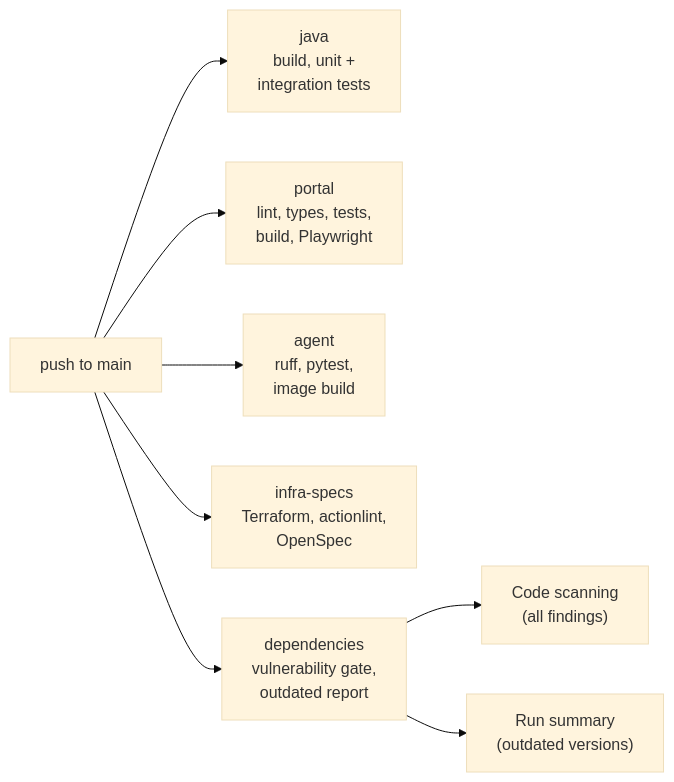
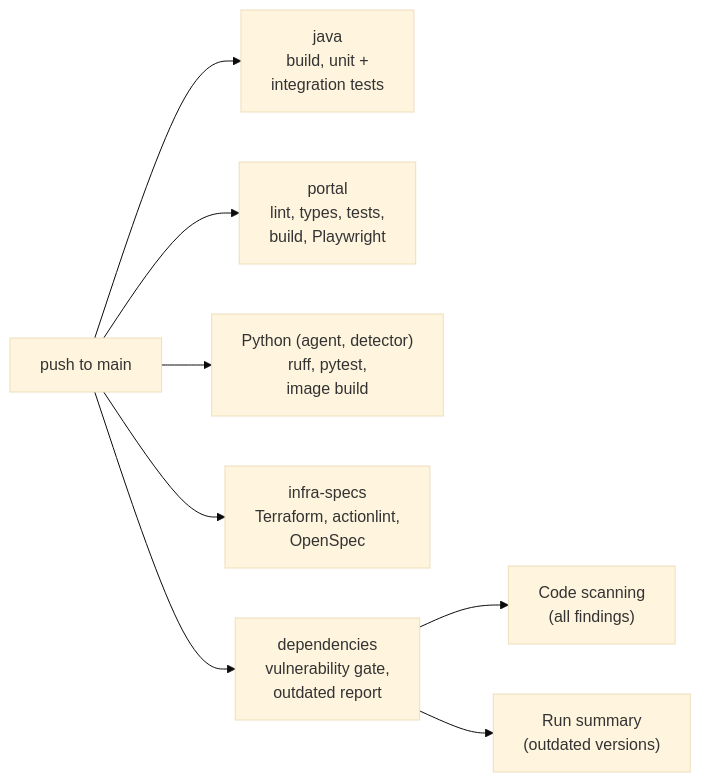
One commit to ikhemissi/smart-device-platform-sample changed the ninth of 10 diagrams in README.md. Above: the diagram before and after it, drawn with Mermaid (base theme). The commit also changed other lines of this file and 4 other files, not shown here.

````diff
--- a/README.md
+++ b/README.md
@@ -250,10 +273,10 @@
 ```mermaid
 flowchart LR
   P["push to main"] --> J["java<br/>build, unit +<br/>integration tests"]
   P --> W["portal<br/>lint, types, tests,<br/>build, Playwright"]
-  P --> A["agent<br/>ruff, pytest,<br/>image build"]
+  P --> A["Python (agent, detector)<br/>ruff, pytest,<br/>image build"]
   P --> I["infra-specs<br/>Terraform, actionlint,<br/>OpenSpec"]
   P --> D["dependencies<br/>vulnerability gate,<br/>outdated report"]
   D --> CS["Code scanning<br/>(all findings)"]
   D --> SUM["Run summary<br/>(outdated versions)"]
 ```
````
